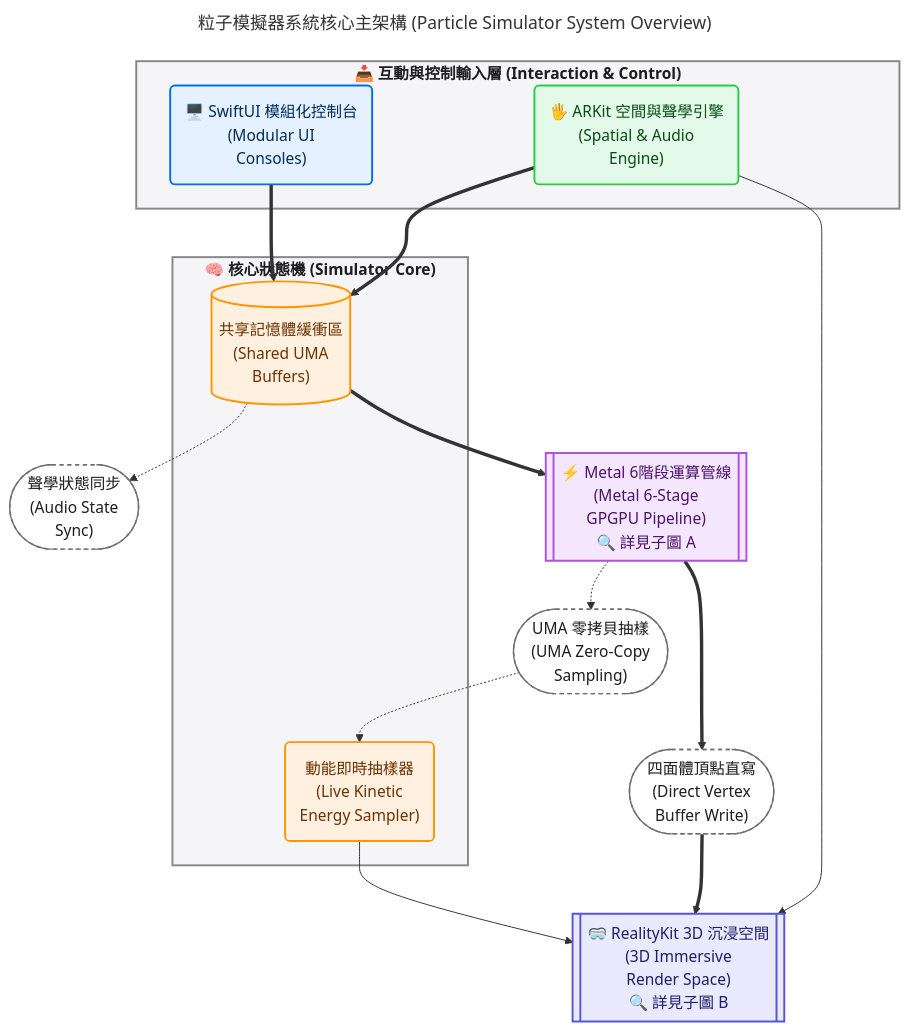
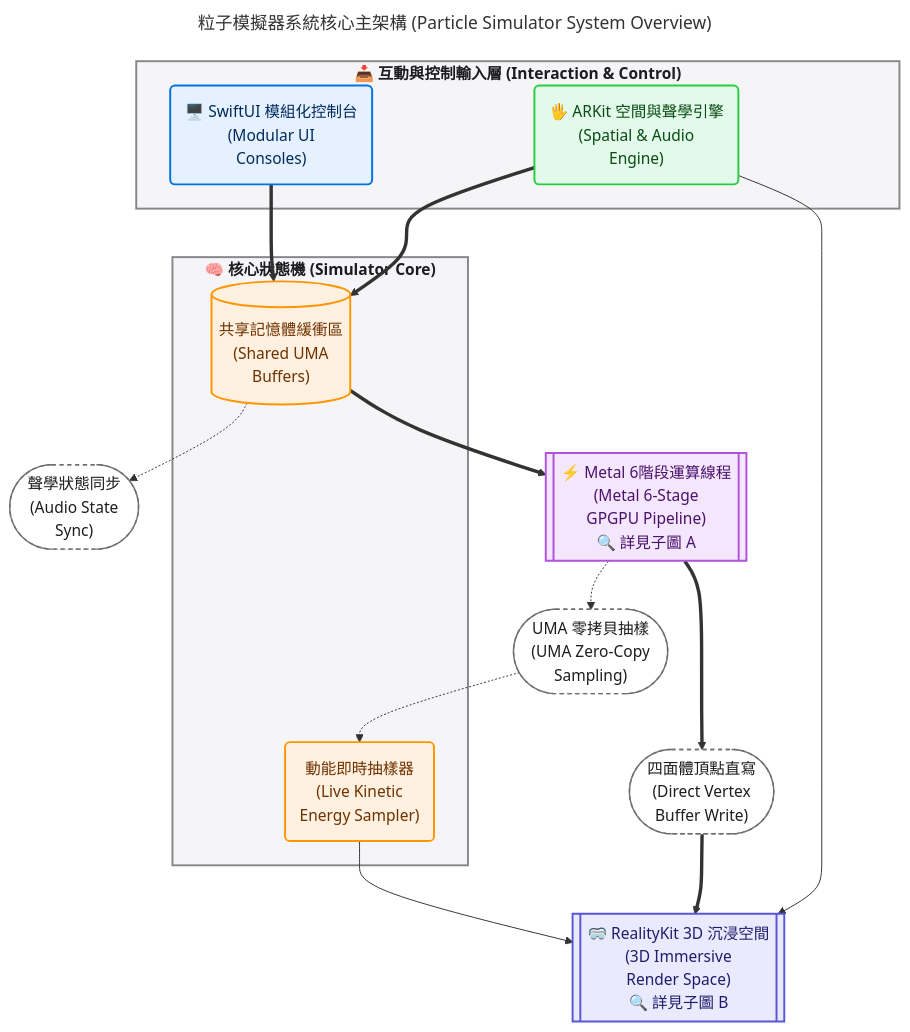
Before and after one commit to lennox0909/ParticleVision: the first of 3 diagrams in README.md, drawn with Mermaid. The commit also changed other lines of this file, not shown here.

````diff
--- a/README.md
+++ b/README.md
@@ -53,53 +53,53 @@
 ```mermaid
 ---
 title: "粒子模擬器系統核心主架構 (Particle Simulator System Overview)"
 ---
 flowchart TB
     %% 🍎 Apple HIG 高反差系統色票 (深色字體配高明度微霧面底色，確保絕對清晰)
     classDef appleBlue fill:#E5F1FF,stroke:#0071E3,stroke-width:2px,color:#002B5B
     classDef appleGreen fill:#E3F9E9,stroke:#28CD41,stroke-width:2px,color:#0A4D16
     classDef appleOrange fill:#FFF0E0,stroke:#FF9500,stroke-width:2px,color:#6E3200
     classDef applePurple fill:#F4E6FC,stroke:#AF52DE,stroke-width:2px,color:#4A126B
     classDef appleIndigo fill:#EAEAFE,stroke:#5856D6,stroke-width:2px,color:#1F1D6B
     classDef applePill fill:#FFFFFF,stroke:#6E6E73,stroke-width:1.5px,stroke-dasharray: 4 4,color:#1D1D1F
 
     %% 頂層輸入模組 (單行緊湊粗體標題，避免與內部節點頂部重疊)
     subgraph Input_Tier ["<b>📥 互動與控制輸入層 (Interaction & Control)</b>"]
         SwiftUI_Mod("🖥️ SwiftUI 模組化控制台<br/>(Modular UI<br/>Consoles)"):::appleBlue
         ARKit_Mod("🖐️️ ARKit 空間與聲學引擎<br/>(Spatial & Audio<br/>Engine)"):::appleGreen
     end
 
     %% 核心狀態機子圖
     subgraph Simulator_Core ["<b>🧠 核心狀態機 (Simulator Core)</b>"]
         SimState[("共享記憶體緩衝區<br/>(Shared UMA<br/>Buffers)")]:::appleOrange
         KineticSampler("動能即時抽樣器<br/>(Live Kinetic<br/>Energy Sampler)"):::appleOrange
     end
 
     %% 獨立抽離之 GPGPU 模組節點
-    Metal_Mod[["⚡ Metal 6階段運算管線<br/>(Metal 6-Stage<br/>GPGPU Pipeline)<br/>🔍 詳見子圖 A"]]:::applePurple
+    Metal_Mod[["⚡ Metal 6階段運算線程<br/>(Metal 6-Stage<br/>GPGPU Pipeline)<br/>🔍 詳見子圖 A"]]:::applePurple
 
     %% 中間轉換動作節點 (保持連線淨空、消除反向拉扯)
     AudioSync(["聲學狀態同步<br/>(Audio State<br/>Sync)"]):::applePill
     ZeroCopy(["UMA 零拷貝抽樣<br/>(UMA Zero-Copy<br/>Sampling)"]):::applePill
     VertexWrite(["四面體頂點直寫<br/>(Direct Vertex<br/>Buffer Write)"]):::applePill
 
     %% 底層渲染模組
     RealityKit_Mod[["🥽 RealityKit 3D 沉浸空間<br/>(3D Immersive<br/>Render Space)<br/>🔍 詳見子圖 B"]]:::appleIndigo
 
     %% 系統主幹資料流
     SwiftUI_Mod ==> SimState
     ARKit_Mod ==> SimState
 
     SimState -.-> AudioSync
     SimState ==> Metal_Mod
 
     Metal_Mod -.-> ZeroCopy -.-> KineticSampler
     Metal_Mod ==> VertexWrite ==> RealityKit_Mod
 
     ARKit_Mod --> RealityKit_Mod
     KineticSampler --> RealityKit_Mod
 
     %% 強制指定子圖容器為 Apple 淺灰底色 (#F5F5F7) 與純黑高反差字體 (#1D1D1F)
     style Input_Tier fill:#F5F5F7,stroke:#86868B,stroke-width:2px,color:#1D1D1F
     style Simulator_Core fill:#F5F5F7,stroke:#86868B,stroke-width:2px,color:#1D1D1F
 ```
````
